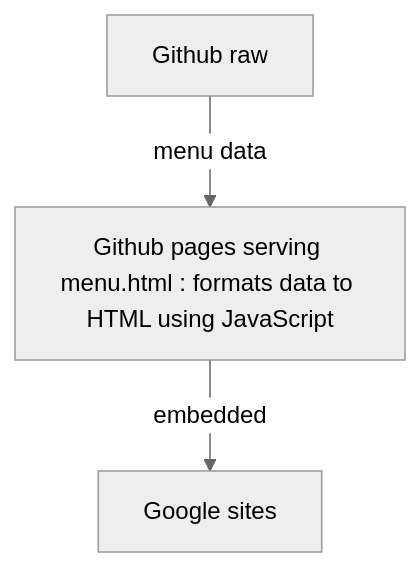
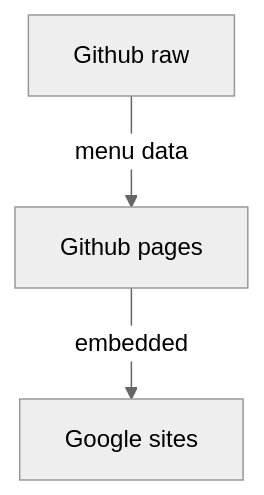
Before and after one commit to simon-ameye/brume-menu: the diagram in README.md, drawn with Mermaid (neutral theme). The commit also changed other lines of this file, not shown here.

````diff
--- a/README.md
+++ b/README.md
@@ -23,5 +25,8 @@
 ```mermaid
 	graph TD
-		A[Github pages serving menu.html : formats data to HTML using JavaScript] -->|embedded| B[Google sites]
-		C[Github raw] -->|menu data| A
+		A[Github pages]
+		B[Google sites]
+		C[Github raw]
+		A-->|embedded| B
+		C -->|menu data| A
 ```
````
